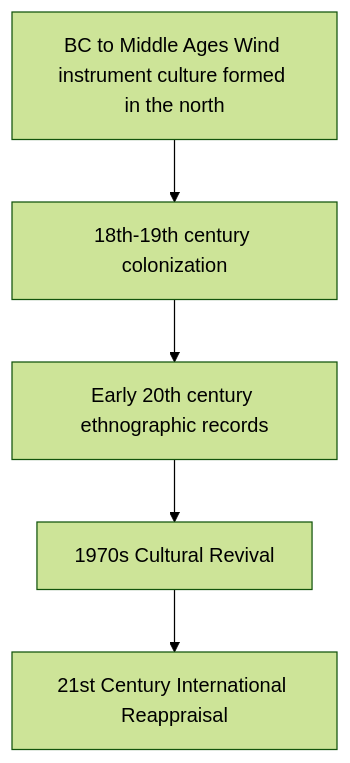
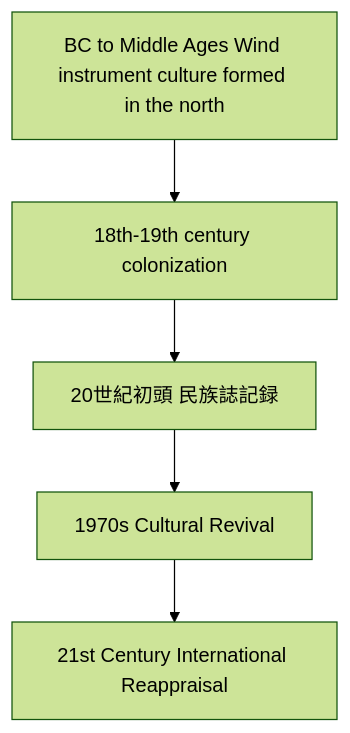
The first of 2 diagrams in en/_posts/2026-01-16-column-didgeridoo-sound.md (monumental-movement/monumental-movement.github.io), drawn with Mermaid (forest theme) before and after one commit. The commit also changed other lines of this file and 443 other files, not shown here.

```diff
--- a/en/_posts/2026-01-16-column-didgeridoo-sound.md
+++ b/en/_posts/2026-01-16-column-didgeridoo-sound.md
@@ -139,7 +139,7 @@
 <div class="mermaid">
 flowchart TD
     A[BC to Middle Ages Wind instrument culture formed in the north] --> B[18th-19th century colonization]
-    B --> C[Early 20th century ethnographic records]
+    B --> C[20世紀初頭 民族誌記録]
     C --> D[1970s Cultural Revival]
     D --> E[21st Century International Reappraisal]
 </div>
```
